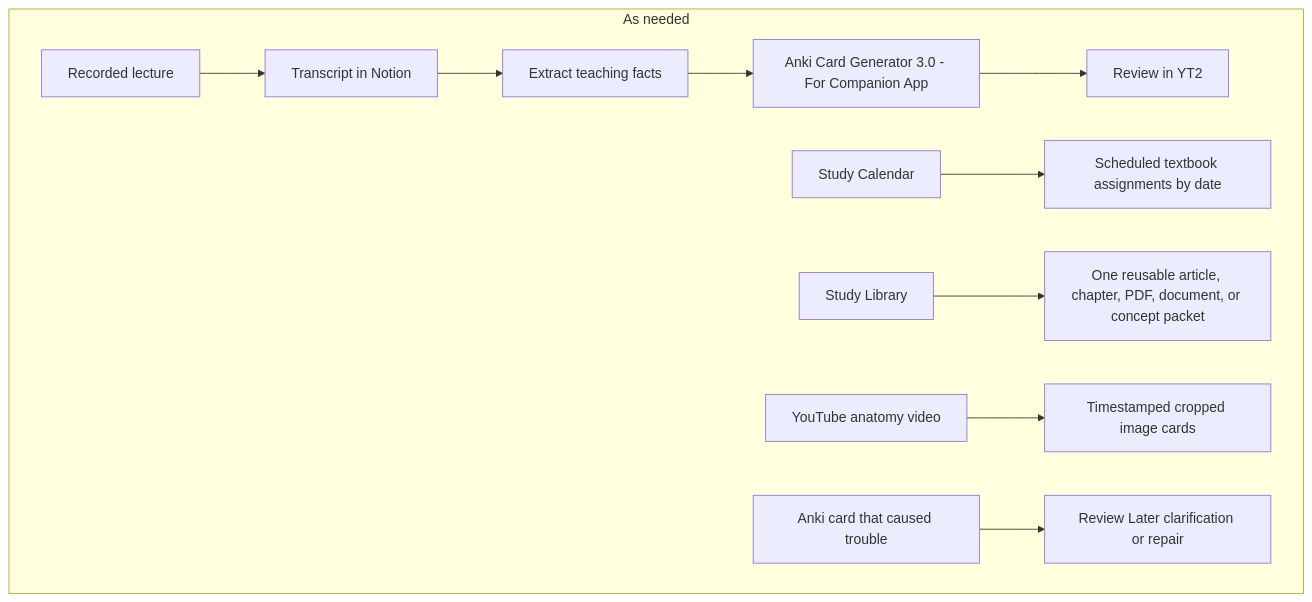
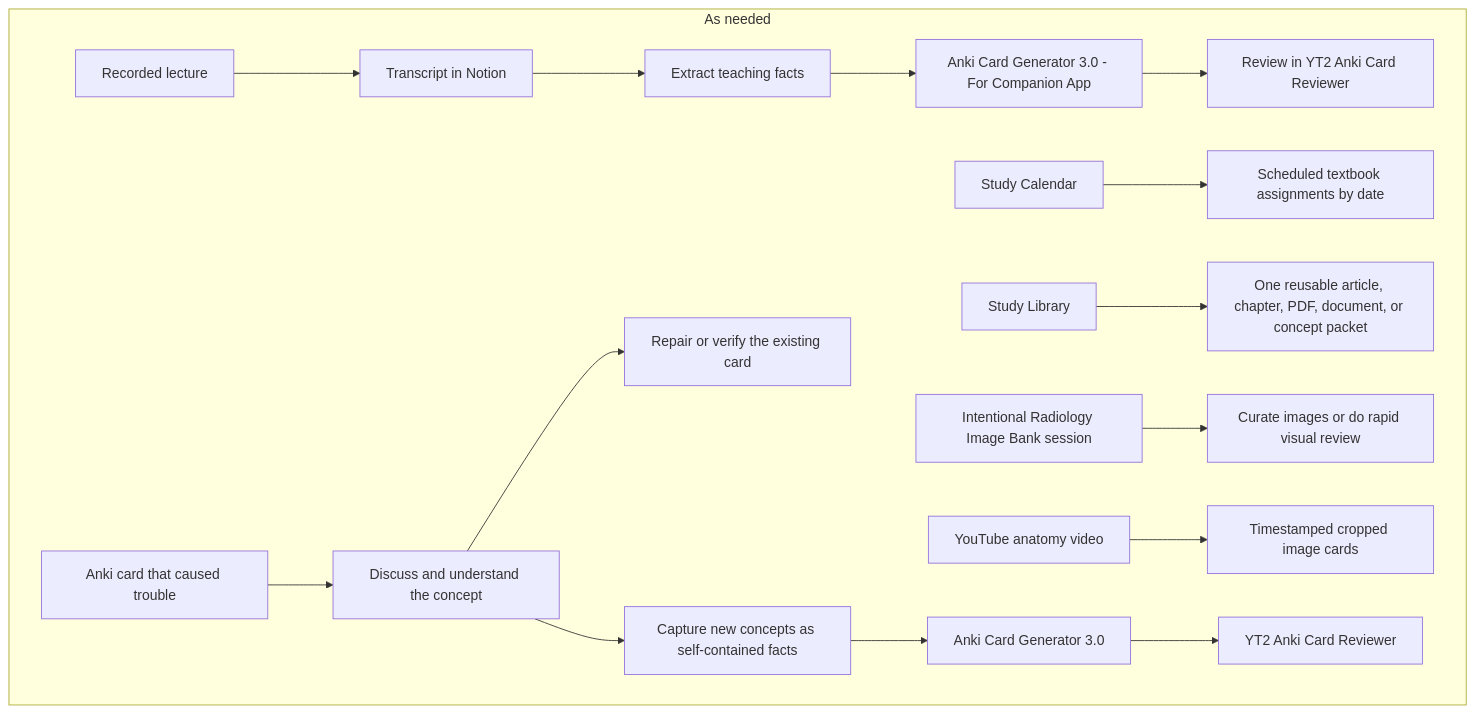
The second of 2 diagrams in apps/anki-card-creation-codex-helper/RADIOLOGY_STUDY_START_HERE.md (starfox1230/The-Library), drawn with Mermaid before and after one commit. The commit also changed other lines of this file and 1290 other files, not shown here.

````diff
--- a/apps/anki-card-creation-codex-helper/RADIOLOGY_STUDY_START_HERE.md
+++ b/apps/anki-card-creation-codex-helper/RADIOLOGY_STUDY_START_HERE.md
@@ -66,10 +66,14 @@
 ```mermaid
 flowchart TD
   subgraph PRN["As needed"]
-    L["Recorded lecture"] --> LT["Transcript in Notion"] --> LF["Extract teaching facts"] --> LG["Anki Card Generator 3.0 - For Companion App"] --> LR["Review in YT2"]
+    L["Recorded lecture"] --> LT["Transcript in Notion"] --> LF["Extract teaching facts"] --> LG["Anki Card Generator 3.0 - For Companion App"] --> LR["Review in YT2 Anki Card Reviewer"]
     SC["Study Calendar"] --> SCD["Scheduled textbook assignments by date"]
     SL["Study Library"] --> SLP["One reusable article, chapter, PDF, document, or concept packet"]
+    IB["Intentional Radiology Image Bank session"] --> IC["Curate images or do rapid visual review"]
     YA["YouTube anatomy video"] --> YI["Timestamped cropped image cards"]
-    RL["Anki card that caused trouble"] --> RF["Review Later clarification or repair"]
+    RL["Anki card that caused trouble"] --> RF["Discuss and understand the concept"]
+    RF --> RE["Repair or verify the existing card"]
+    RF --> RN["Capture new concepts as self-contained facts"]
+    RN --> RG["Anki Card Generator 3.0"] --> RY["YT2 Anki Card Reviewer"]
   end
 ```
````
